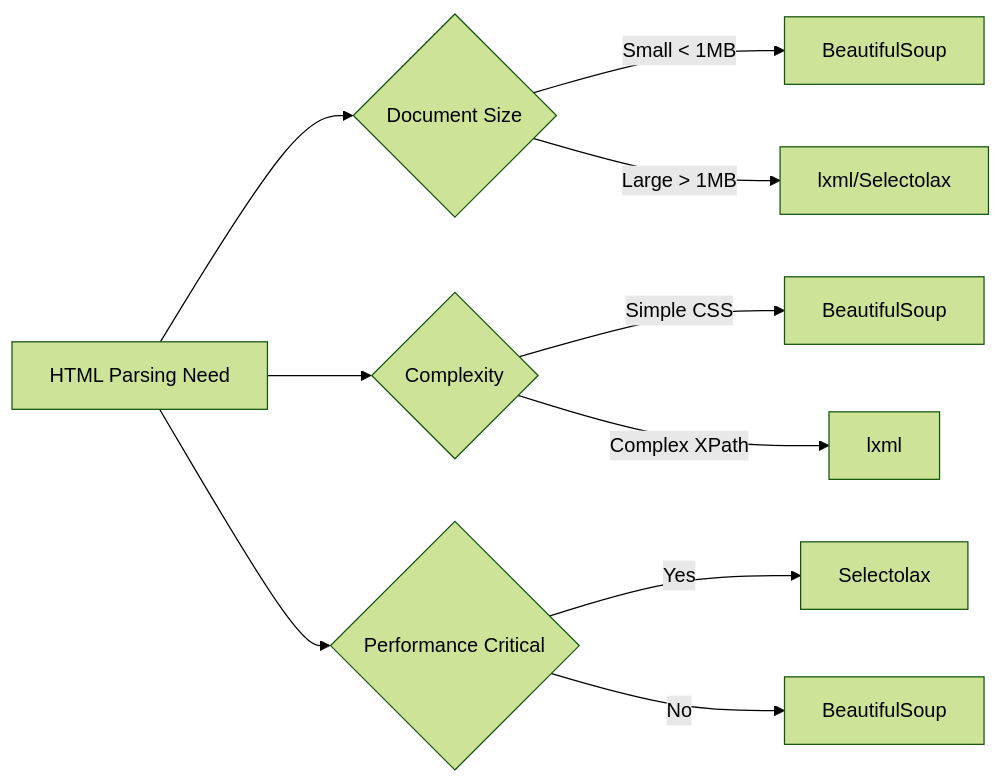
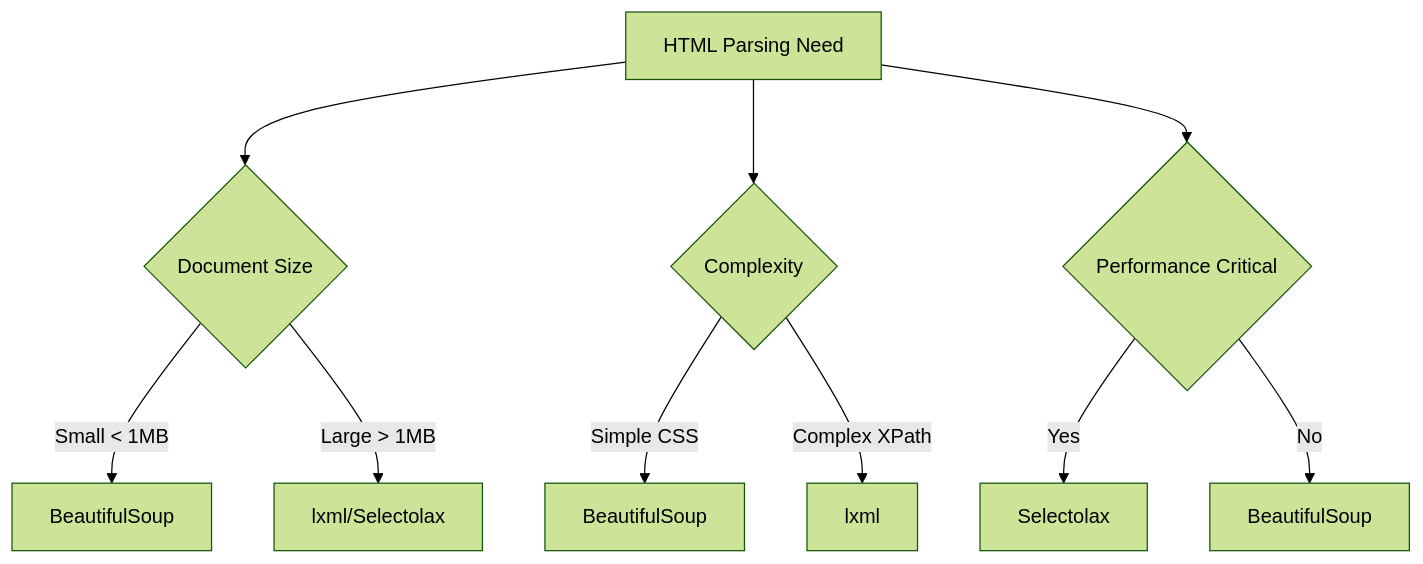
One commit to bytetunnels/bytetunnels.github.com changed the fourth of 4 diagrams in _posts/2025-05-01-html-basics-for-scrapers-finding-way-around-tags.md. Above: the diagram before and after it, drawn with Mermaid (forest theme). The commit also changed other lines of this file and 25 other files, not shown here.

Commit message:
chore: fixed mermaid charts

````diff
--- a/_posts/2025-05-01-html-basics-for-scrapers-finding-way-around-tags.md
+++ b/_posts/2025-05-01-html-basics-for-scrapers-finding-way-around-tags.md
@@ -357,14 +360,16 @@
 ```mermaid
-graph LR
-    A[HTML Parsing Need] --> B{Document Size}
+graph TD
+    A[HTML Parsing Need]
+
+    A --> B{Document Size}
     B -->|Small < 1MB| C[BeautifulSoup]
     B -->|Large > 1MB| D[lxml/Selectolax]
-    
+
     A --> E{Complexity}
     E -->|Simple CSS| F[BeautifulSoup]
     E -->|Complex XPath| G[lxml]
-    
+
     A --> H{Performance Critical}
     H -->|Yes| I[Selectolax]
     H -->|No| J[BeautifulSoup]
 ```
````
